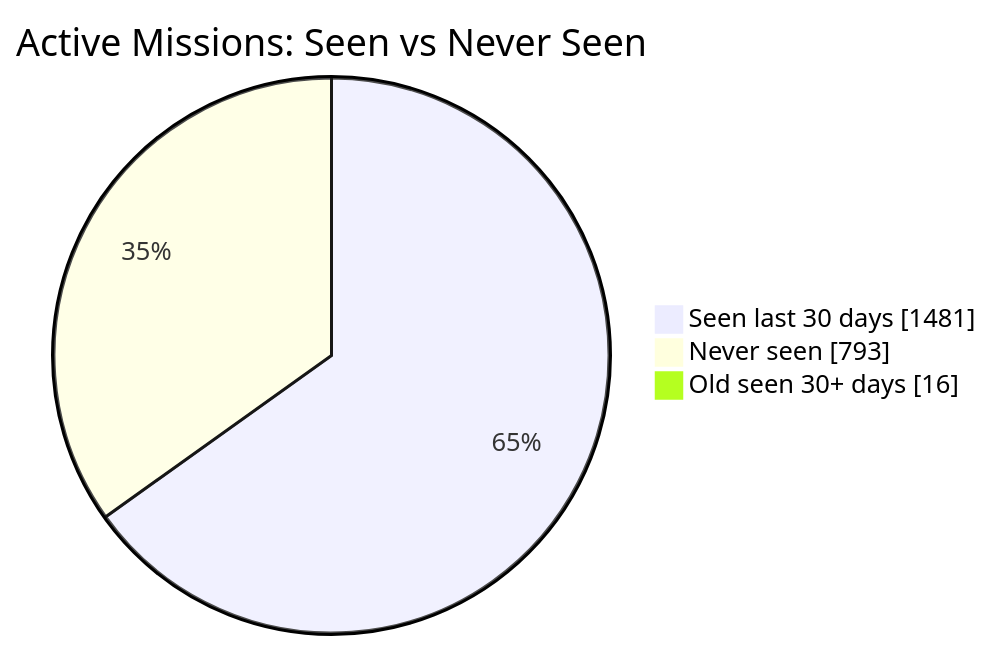
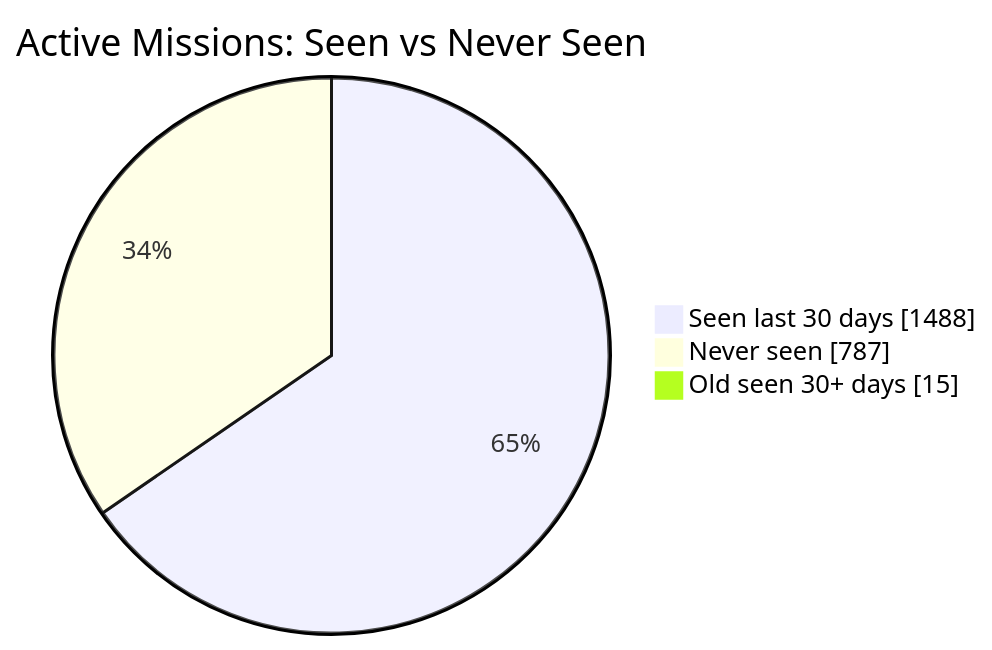
Before and after one commit to MeldkamerspelGameTeam/active-missions: the first of 2 diagrams in README.md, drawn with Mermaid. The commit also changed other lines of this file and 4 other files, not shown here.

````diff
--- a/README.md
+++ b/README.md
@@ -34,7 +34,7 @@
 ```mermaid
 pie showData
     title Active Missions: Seen vs Never Seen
-    "Seen last 30 days" : 1481
-    "Never seen" : 793
-    "Old seen 30+ days" : 16
+    "Seen last 30 days" : 1488
+    "Never seen" : 787
+    "Old seen 30+ days" : 15
 ```
````
